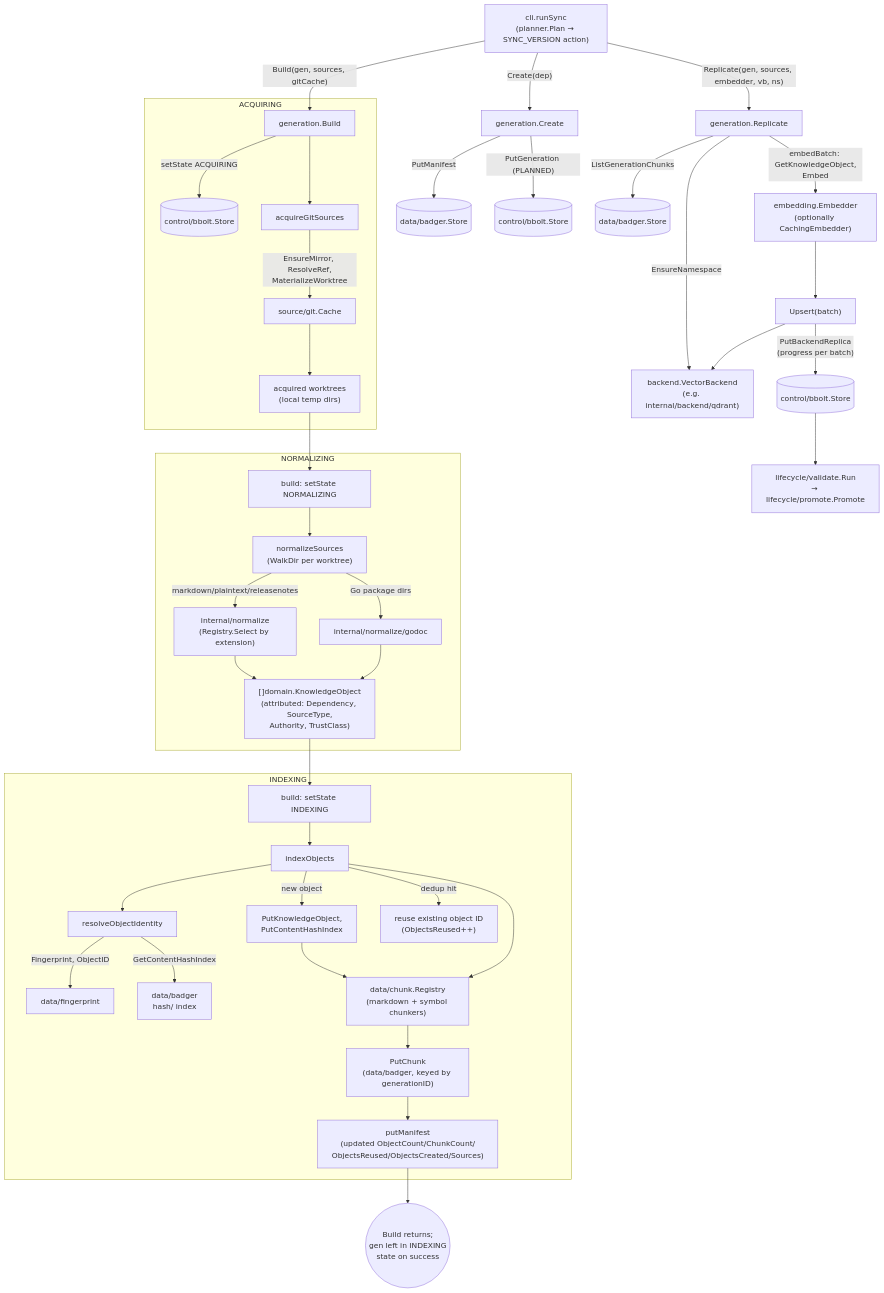
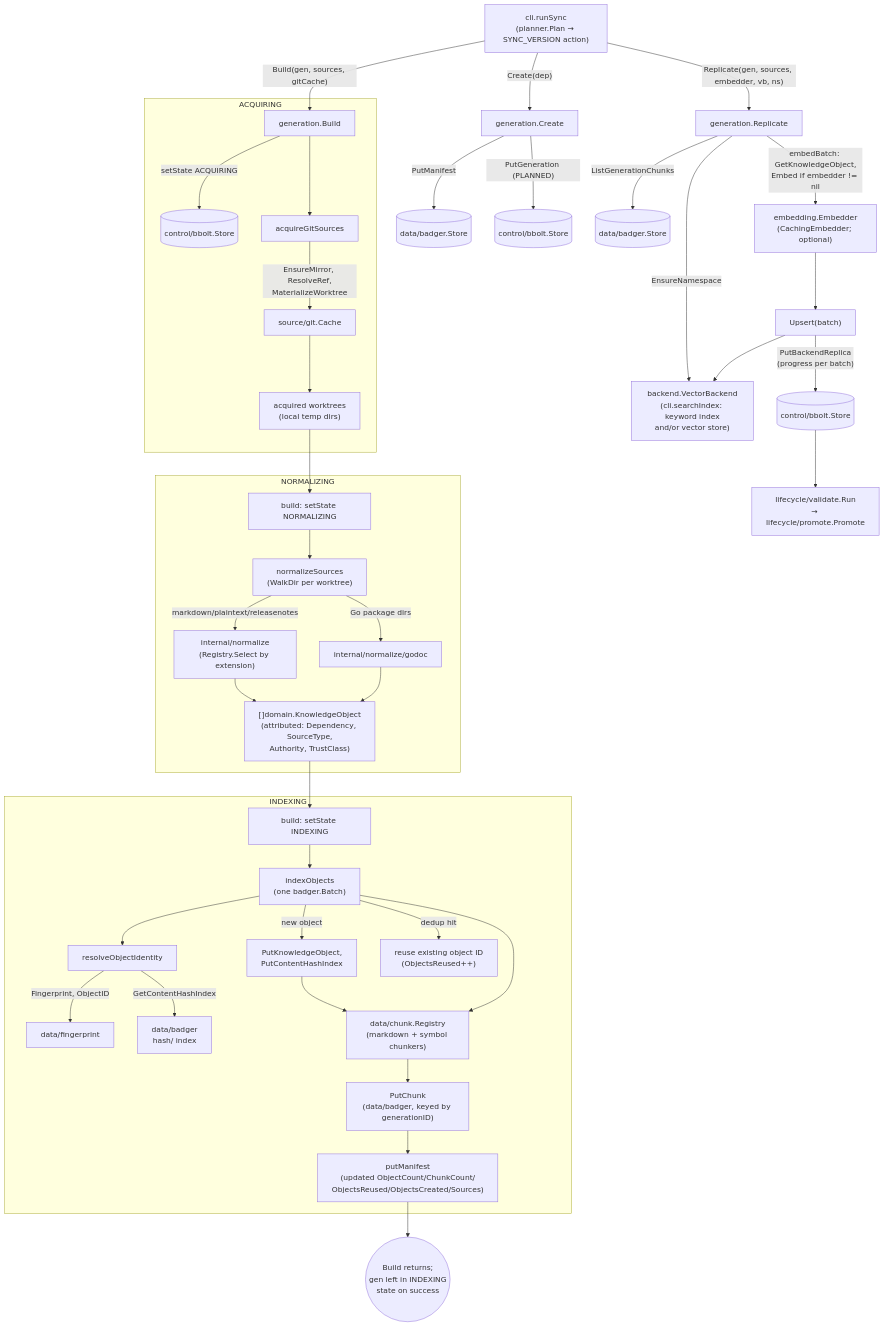
Before and after one commit to aleutian-ai/depctl: the diagram in docs/internal/data-generation.md, drawn with Mermaid. The commit also changed other lines of this file and 114 other files, not shown here.

Commit message:
v0.3.1: per-generation layout shrinks keyword.db ~4x and vectors.db ~2.5x (auto-converted); scope latest/all-retained search to the active build; docs pass at package, project and repo level

````diff
--- a/docs/internal/data-generation.md
+++ b/docs/internal/data-generation.md
@@ -23,52 +27,52 @@
 ```mermaid
 flowchart TD
     caller["cli.runSync\n(planner.Plan → SYNC_VERSION action)"]
 
     caller -->|"Create(dep)"| create["generation.Create"]
     create -->|PutManifest| badger1[("data/badger.Store")]
     create -->|"PutGeneration (PLANNED)"| bbolt1[("control/bbolt.Store")]
 
     caller -->|"Build(gen, sources, gitCache)"| build["generation.Build"]
 
     subgraph ACQUIRING
         build -->|setState ACQUIRING| bbolt2[("control/bbolt.Store")]
         build --> acquire["acquireGitSources"]
         acquire -->|EnsureMirror, ResolveRef,\nMaterializeWorktree| git["source/git.Cache"]
         git --> worktrees["acquired worktrees\n(local temp dirs)"]
     end
 
     subgraph NORMALIZING
         worktrees --> build2["build: setState NORMALIZING"]
         build2 --> normalize["normalizeSources\n(WalkDir per worktree)"]
         normalize -->|markdown/plaintext/releasenotes| normPkgs["internal/normalize\n(Registry.Select by extension)"]
         normalize -->|Go package dirs| godoc["internal/normalize/godoc"]
         normPkgs --> objects["[]domain.KnowledgeObject\n(attributed: Dependency, SourceType,\nAuthority, TrustClass)"]
         godoc --> objects
     end
 
     subgraph INDEXING
         objects --> build3["build: setState INDEXING"]
-        build3 --> index["indexObjects"]
+        build3 --> index["indexObjects\n(one badger.Batch)"]
         index --> resolveID["resolveObjectIdentity"]
         resolveID -->|Fingerprint, ObjectID| fp["data/fingerprint"]
         resolveID -->|GetContentHashIndex| hashidx["data/badger\nhash/<content-hash> index"]
         index -->|new object| putobj["PutKnowledgeObject,\nPutContentHashIndex"]
         index -->|dedup hit| reuse["reuse existing object ID\n(ObjectsReused++)"]
         putobj --> chunkReg["data/chunk.Registry\n(markdown + symbol chunkers)"]
         index --> chunkReg
         chunkReg --> putchunk["PutChunk\n(data/badger, keyed by generationID)"]
         putchunk --> manifest["putManifest\n(updated ObjectCount/ChunkCount/\nObjectsReused/ObjectsCreated/Sources)"]
     end
 
     manifest --> done1(("Build returns;\ngen left in INDEXING\nstate on success"))
 
     caller -->|"Replicate(gen, sources, embedder, vb, ns)"| replicate["generation.Replicate"]
-    replicate -->|EnsureNamespace| vb1["backend.VectorBackend\n(e.g. internal/backend/qdrant)"]
+    replicate -->|EnsureNamespace| vb1["backend.VectorBackend\n(cli.searchIndex: keyword index\nand/or vector store)"]
     replicate -->|ListGenerationChunks| badger3[("data/badger.Store")]
-    replicate -->|embedBatch: GetKnowledgeObject,\nEmbed| emb["embedding.Embedder\n(optionally CachingEmbedder)"]
+    replicate -->|embedBatch: GetKnowledgeObject,\nEmbed if embedder != nil| emb["embedding.Embedder\n(CachingEmbedder; optional)"]
     emb --> upsert["Upsert(batch)"]
     upsert --> vb1
     upsert -->|"PutBackendReplica\n(progress per batch)"| bbolt3[("control/bbolt.Store")]
 
     bbolt3 --> nextStage["lifecycle/validate.Run\n→ lifecycle/promote.Promote"]
 ```
````
